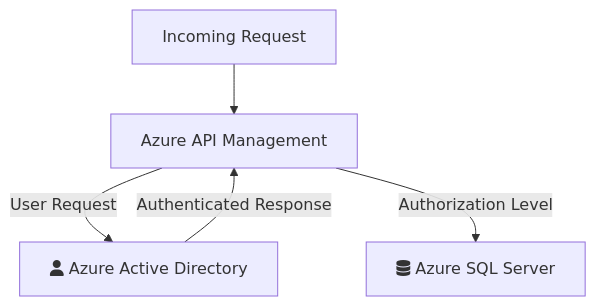
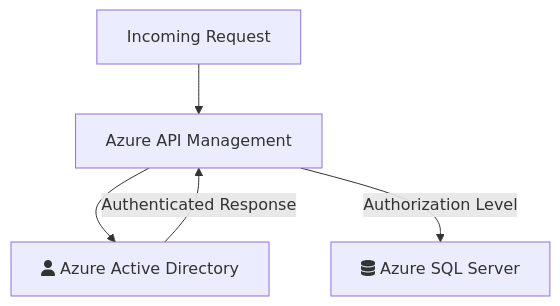
One commit to JacobKeels/Team2.github.io changed the first of 2 diagrams in index.md. Above: the diagram before and after it, drawn with Mermaid. The commit also changed other lines of this file, not shown here.

```diff
--- a/index.md
+++ b/index.md
@@ -40,7 +40,7 @@
 <div class="mermaid">
 graph TD
     A[Incoming Request] --> B[Azure API Management]
-    B-->|User Request|D[fa:fa-user Azure Active Directory]
+    B-->D[fa:fa-user Azure Active Directory]
     D-->|Authenticated Response|B
     B-->|Authorization Level|C[fa:fa-database Azure SQL Server]
 </div>
```
